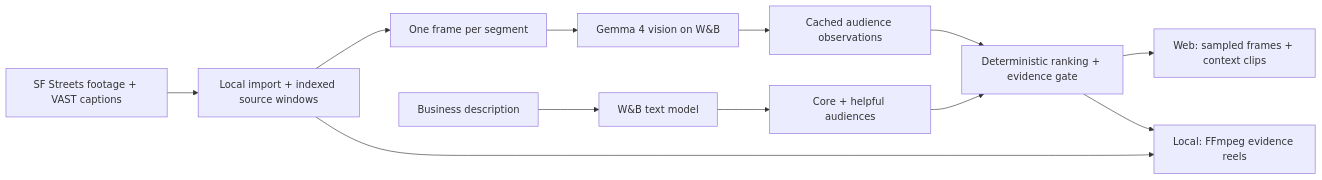
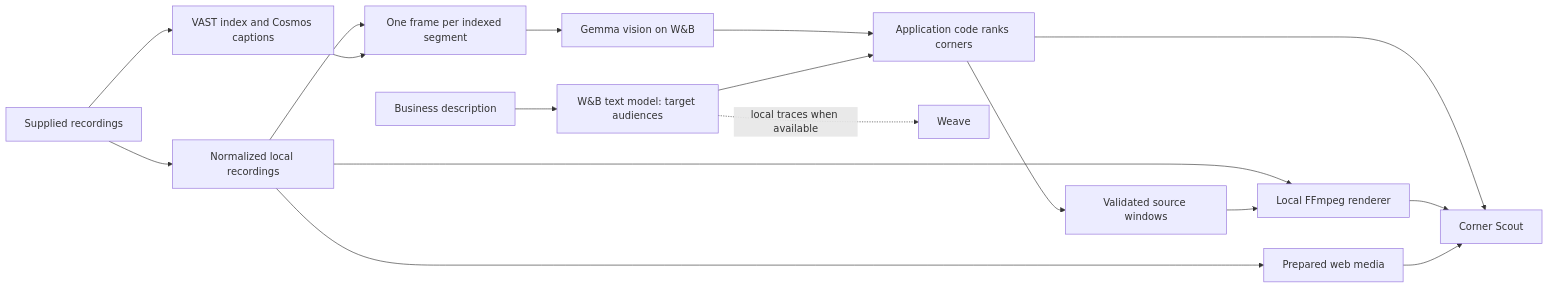
The diagram in README.md (Kakoedlinnoeslovo/highlight-agent-hack), drawn with Mermaid before and after one commit. The commit also changed other lines of this file, not shown here.

````diff
--- a/README.md
+++ b/README.md
@@ -92,14 +331,19 @@
 ```mermaid
 flowchart LR
-    Dataset["SF Streets footage + VAST captions"] --> Import["Local import + indexed source windows"]
-    Import --> Frames["One frame per segment"]
-    Frames --> Vision["Gemma 4 vision on W&B"]
-    Vision --> Cache["Cached audience observations"]
-    Business["Business description"] --> Text["W&B text model"]
-    Text --> Profile["Core + helpful audiences"]
-    Cache --> Rank["Deterministic ranking + evidence gate"]
-    Profile --> Rank
-    Rank --> Hosted["Web: sampled frames + context clips"]
-    Rank --> Local["Local: FFmpeg evidence reels"]
-    Import --> Local
+    Dataset[Supplied recordings] --> Source[Normalized local recordings]
+    Dataset --> Index[VAST index and Cosmos captions]
+    Source --> Frames[One frame per indexed segment]
+    Index --> Frames
+    Frames --> Vision[Gemma vision on W&B]
+    Business[Business description] --> Audience[W&B text model: target audiences]
+    Vision --> Ranking[Application code ranks corners]
+    Audience --> Ranking
+    Ranking --> Evidence[Validated source windows]
+    Source --> Render[Local FFmpeg renderer]
+    Evidence --> Render
+    Source --> Export[Prepared web media]
+    Ranking --> App[Corner Scout]
+    Render --> App
+    Export --> App
+    Audience -. local traces when available .-> Weave[Weave]
 ```
````
